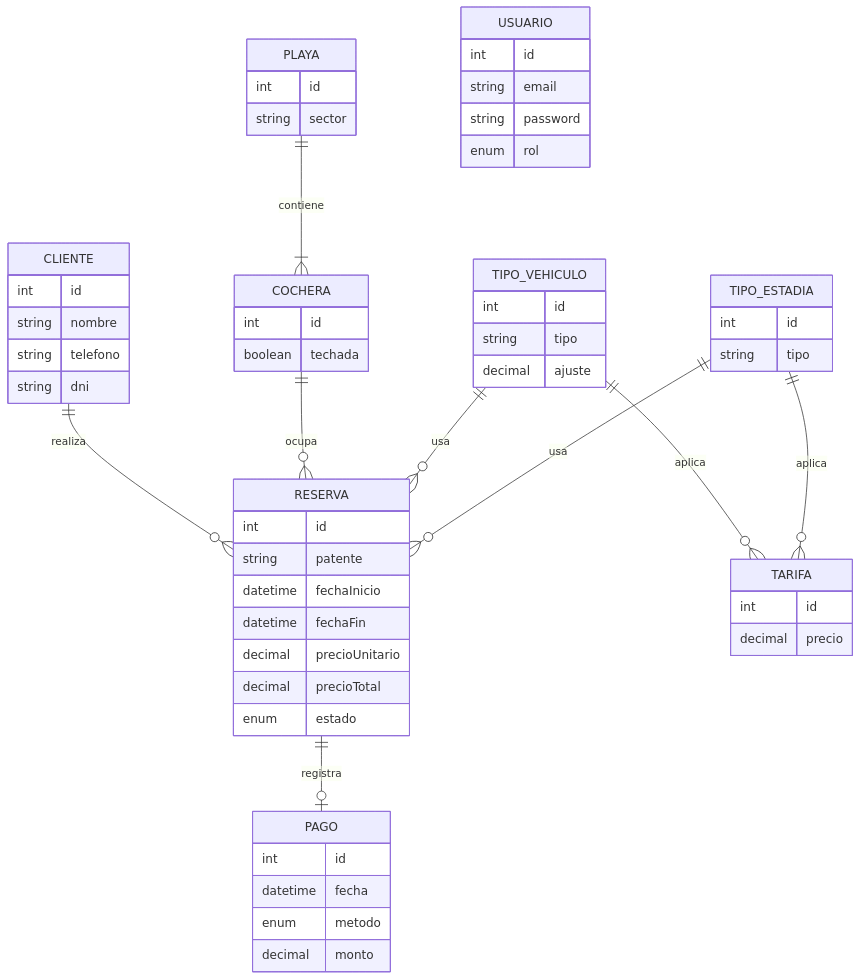
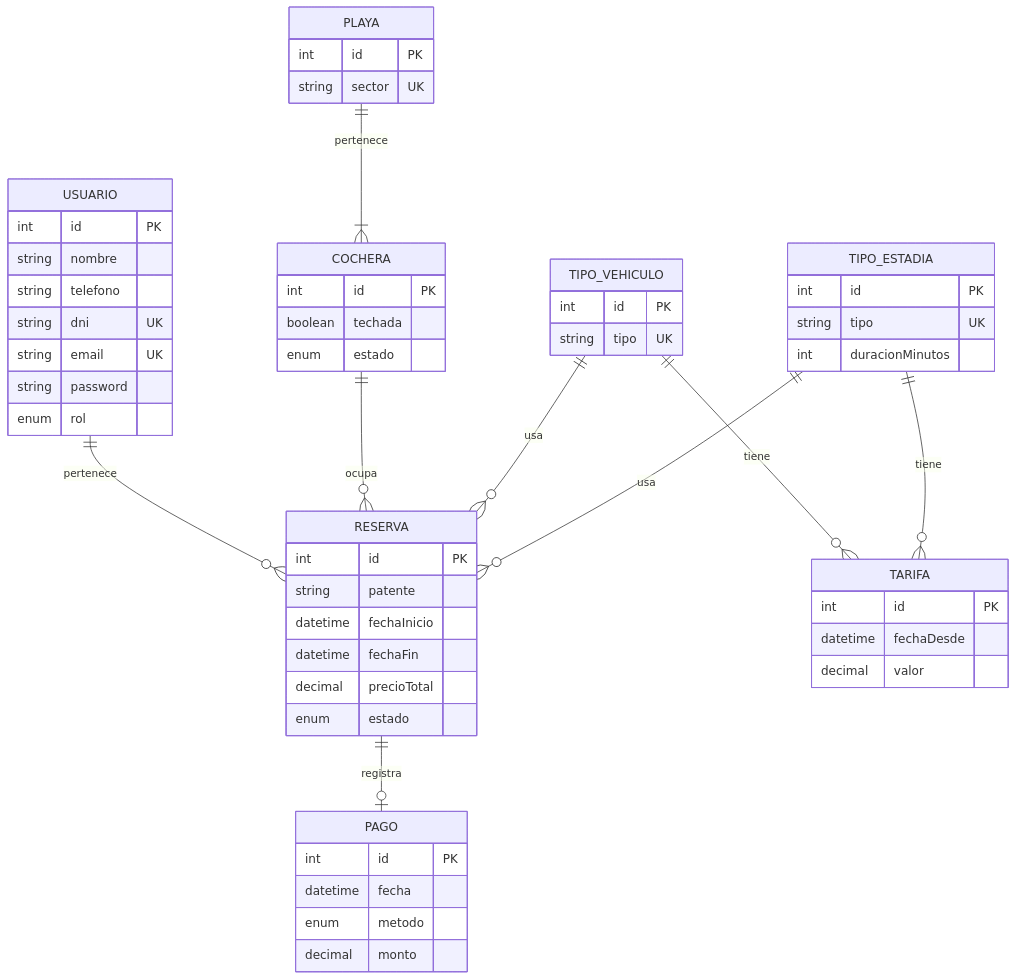
One commit to mapszk/dsw-api changed the diagram in docs/README.md. Above: the diagram before and after it, drawn with Mermaid. The commit also changed other lines of this file and 4 other files, not shown here.

````diff
--- a/docs/README.md
+++ b/docs/README.md
@@ -17,60 +23,58 @@
 ```mermaid
 erDiagram
-    CLIENTE ||--o{ RESERVA : realiza
-    COCHERA ||--o{ RESERVA : ocupa
-    TIPO_VEHICULO ||--o{ RESERVA : usa
-    TIPO_ESTADIA ||--o{ RESERVA : usa
-    RESERVA ||--o| PAGO : registra
-    PLAYA ||--|{ COCHERA : contiene
-    TIPO_VEHICULO ||--o{ TARIFA : aplica
-    TIPO_ESTADIA ||--o{ TARIFA : aplica
+    USUARIO ||--o{ RESERVA : "pertenece"
+    COCHERA ||--o{ RESERVA : "ocupa"
+    TIPO_VEHICULO ||--o{ RESERVA : "usa"
+    TIPO_ESTADIA ||--o{ RESERVA : "usa"
+    RESERVA ||--o| PAGO : "registra"
+    PLAYA ||--|{ COCHERA : "pertenece"
+    TIPO_VEHICULO ||--o{ TARIFA : "tiene"
+    TIPO_ESTADIA ||--o{ TARIFA : "tiene"
 
     USUARIO {
-        int id
-        string email
+        int id PK
+        string nombre
+        string telefono
+        string dni UK
+        string email UK
         string password
         enum rol
     }
-    CLIENTE {
-        int id
-        string nombre
-        string telefono
-        string dni
-    }
     RESERVA {
-        int id
+        int id PK
         string patente
         datetime fechaInicio
         datetime fechaFin
-        decimal precioUnitario
         decimal precioTotal
         enum estado
     }
     PAGO {
-        int id
+        int id PK
         datetime fecha
         enum metodo
         decimal monto
     }
     COCHERA {
-        int id
+        int id PK
         boolean techada
+        enum estado
     }
     PLAYA {
-        int id
-        string sector
+        int id PK
+        string sector UK
     }
     TIPO_VEHICULO {
-        int id
-        string tipo
-        decimal ajuste
+        int id PK
+        string tipo UK
     }
     TIPO_ESTADIA {
-        int id
-        string tipo
+        int id PK
+        string tipo UK
+        int duracionMinutos
     }
     TARIFA {
-        int id
-        decimal precio
+        int id PK
+        datetime fechaDesde
+        decimal valor
     }
 ```
````
